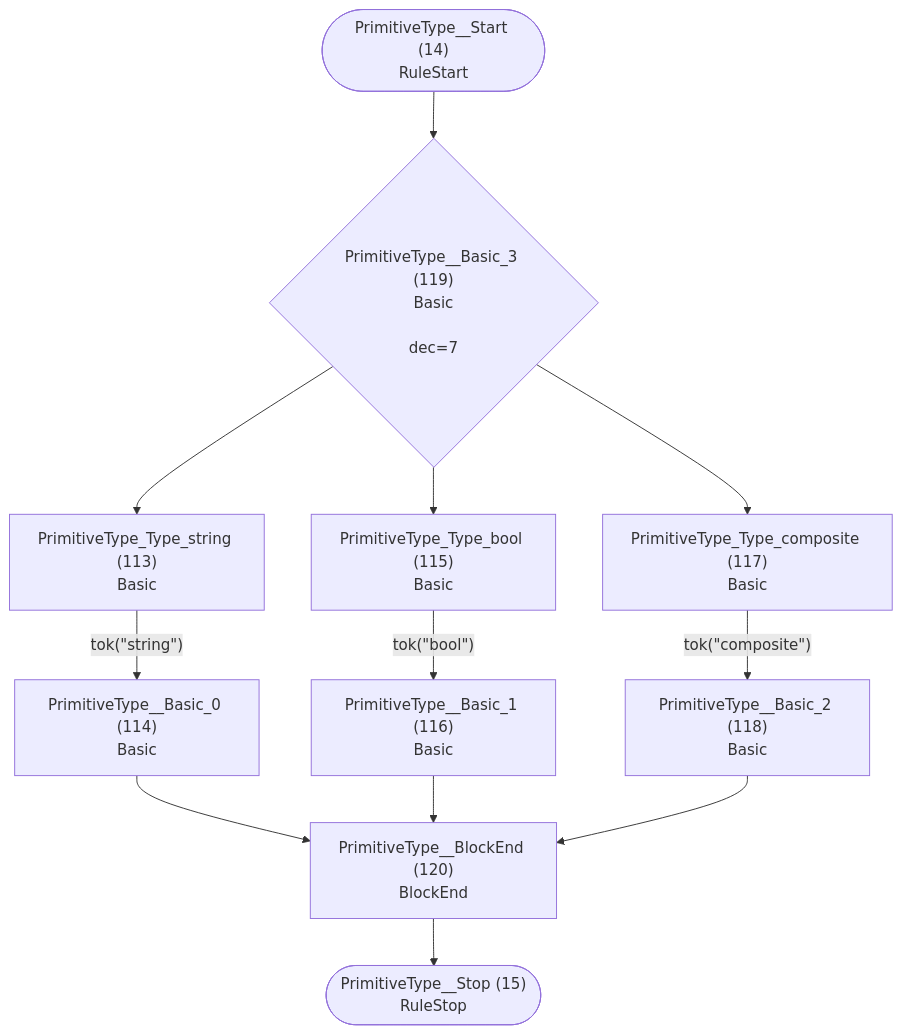
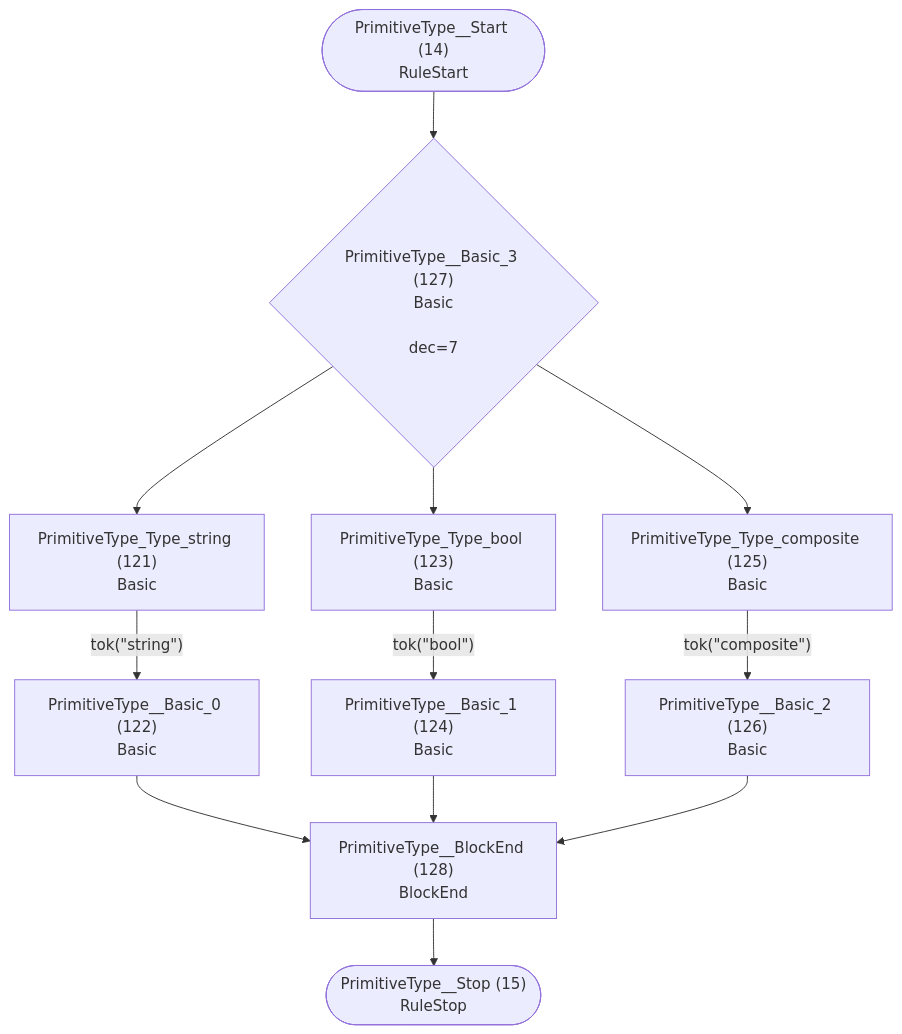
The eighth of 29 diagrams in internal/grammar/atn.md (TypeFox/fastbelt), drawn with Mermaid before and after one commit. The commit also changed other lines of this file and 41 other files, not shown here.

````diff
--- a/internal/grammar/atn.md
+++ b/internal/grammar/atn.md
@@ -209,25 +214,25 @@
 ```mermaid
 flowchart TD
     q14(["PrimitiveType__Start (14)<br/>RuleStart"])
     q15(["PrimitiveType__Stop (15)<br/>RuleStop"])
-    q113["PrimitiveType_Type_string (113)<br/>Basic<br/>"]
-    q114["PrimitiveType__Basic_0 (114)<br/>Basic<br/>"]
-    q115["PrimitiveType_Type_bool (115)<br/>Basic<br/>"]
-    q116["PrimitiveType__Basic_1 (116)<br/>Basic<br/>"]
-    q117["PrimitiveType_Type_composite (117)<br/>Basic<br/>"]
-    q118["PrimitiveType__Basic_2 (118)<br/>Basic<br/>"]
-    q119{"PrimitiveType__Basic_3 (119)<br/>Basic<br/><br/>dec=7"}
-    q120["PrimitiveType__BlockEnd (120)<br/>BlockEnd<br/>"]
+    q121["PrimitiveType_Type_string (121)<br/>Basic<br/>"]
+    q122["PrimitiveType__Basic_0 (122)<br/>Basic<br/>"]
+    q123["PrimitiveType_Type_bool (123)<br/>Basic<br/>"]
+    q124["PrimitiveType__Basic_1 (124)<br/>Basic<br/>"]
+    q125["PrimitiveType_Type_composite (125)<br/>Basic<br/>"]
+    q126["PrimitiveType__Basic_2 (126)<br/>Basic<br/>"]
+    q127{"PrimitiveType__Basic_3 (127)<br/>Basic<br/><br/>dec=7"}
+    q128["PrimitiveType__BlockEnd (128)<br/>BlockEnd<br/>"]
 
-    q14 --> q119
-    q113 -->|"tok(&quot;string&quot;)"| q114
-    q114 --> q120
-    q115 -->|"tok(&quot;bool&quot;)"| q116
-    q116 --> q120
-    q117 -->|"tok(&quot;composite&quot;)"| q118
-    q118 --> q120
-    q119 --> q113
-    q119 --> q115
-    q119 --> q117
-    q120 --> q15
+    q14 --> q127
+    q121 -->|"tok(&quot;string&quot;)"| q122
+    q122 --> q128
+    q123 -->|"tok(&quot;bool&quot;)"| q124
+    q124 --> q128
+    q125 -->|"tok(&quot;composite&quot;)"| q126
+    q126 --> q128
+    q127 --> q121
+    q127 --> q123
+    q127 --> q125
+    q128 --> q15
 ```
````
